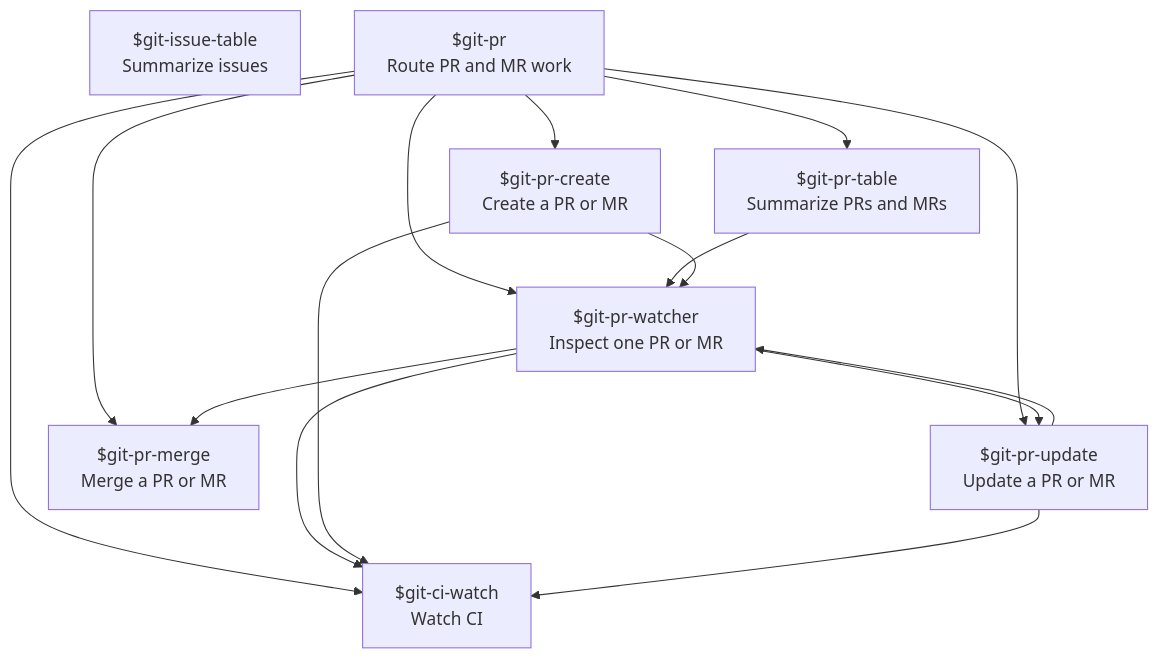
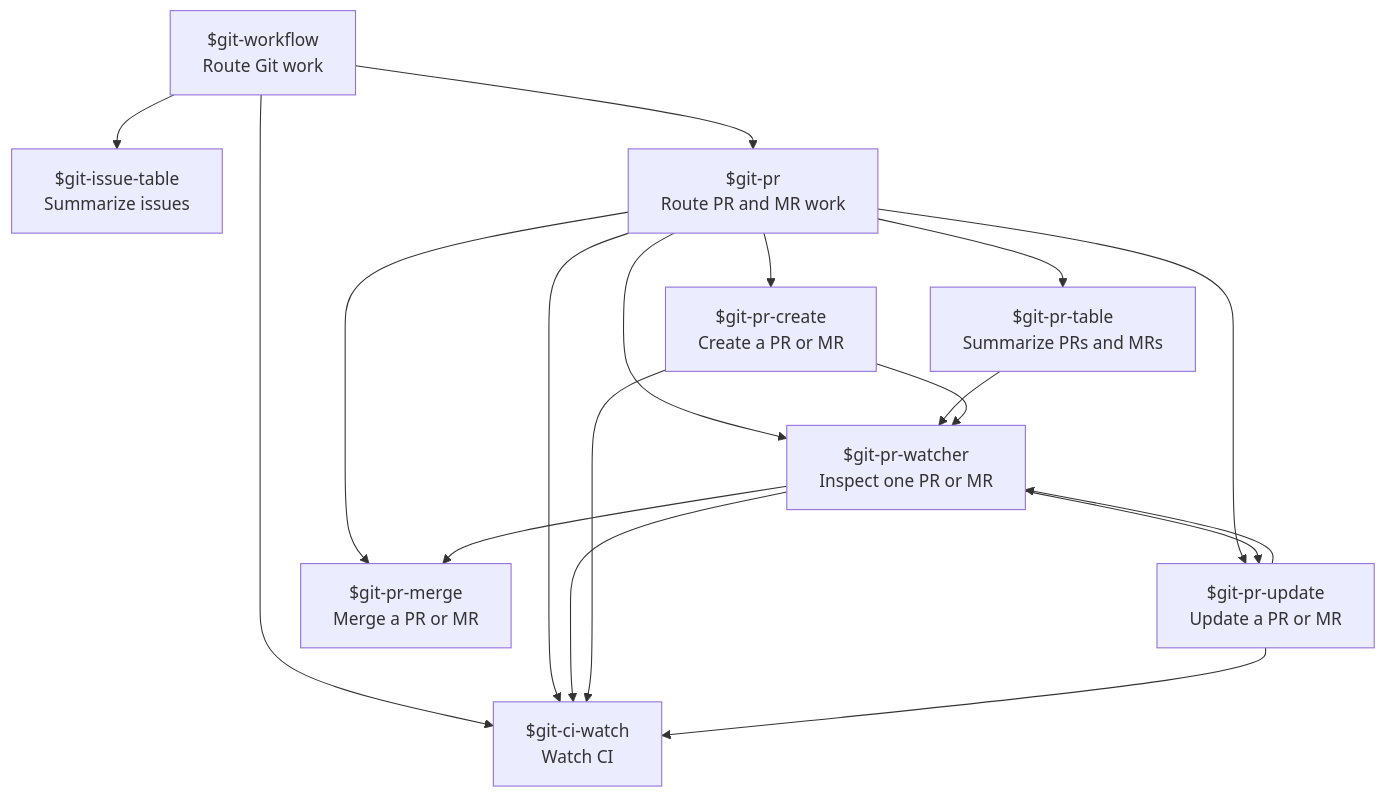
Before and after one commit to jeeftor/gitSkills: the diagram in agent-matrix.md, drawn with Mermaid. The commit also changed 8 other files, not shown here.

Commit message:
Add primary git workflow router

````diff
--- a/agent-matrix.md
+++ b/agent-matrix.md
@@ -3,26 +3,30 @@
 ```mermaid
 flowchart TD
+    WORKFLOW["$git-workflow<br/>Route Git work"]
     ISSUE_TABLE["$git-issue-table<br/>Summarize issues"]
     PR["$git-pr<br/>Route PR and MR work"]
     PR_TABLE["$git-pr-table<br/>Summarize PRs and MRs"]
     PR_WATCHER["$git-pr-watcher<br/>Inspect one PR or MR"]
     CI_WATCH["$git-ci-watch<br/>Watch CI"]
     PR_CREATE["$git-pr-create<br/>Create a PR or MR"]
     PR_UPDATE["$git-pr-update<br/>Update a PR or MR"]
     PR_MERGE["$git-pr-merge<br/>Merge a PR or MR"]
 
+    WORKFLOW --> ISSUE_TABLE
+    WORKFLOW --> PR
+    WORKFLOW --> CI_WATCH
     PR --> PR_TABLE
     PR --> PR_WATCHER
     PR --> CI_WATCH
     PR --> PR_CREATE
     PR --> PR_UPDATE
     PR --> PR_MERGE
     PR_TABLE --> PR_WATCHER
     PR_WATCHER --> CI_WATCH
     PR_WATCHER --> PR_UPDATE
     PR_CREATE --> PR_WATCHER
     PR_CREATE --> CI_WATCH
     PR_UPDATE --> CI_WATCH
     PR_UPDATE --> PR_WATCHER
     PR_WATCHER --> PR_MERGE
 ```
````
